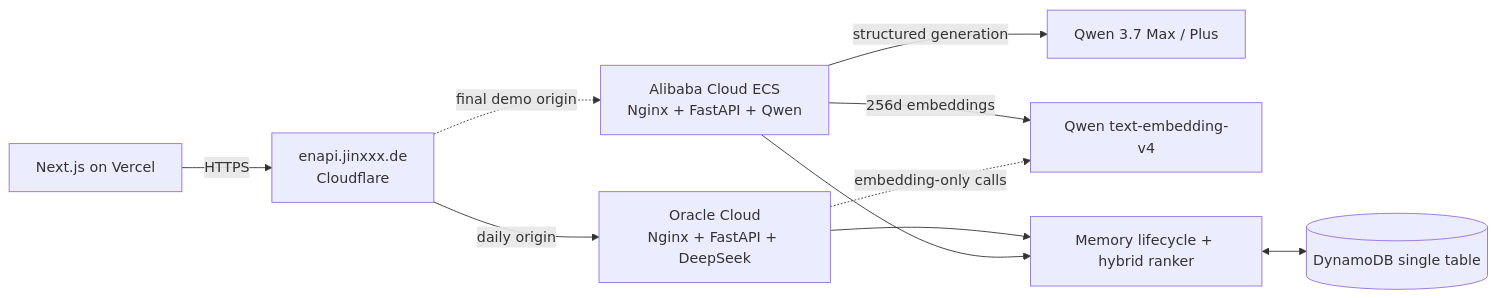
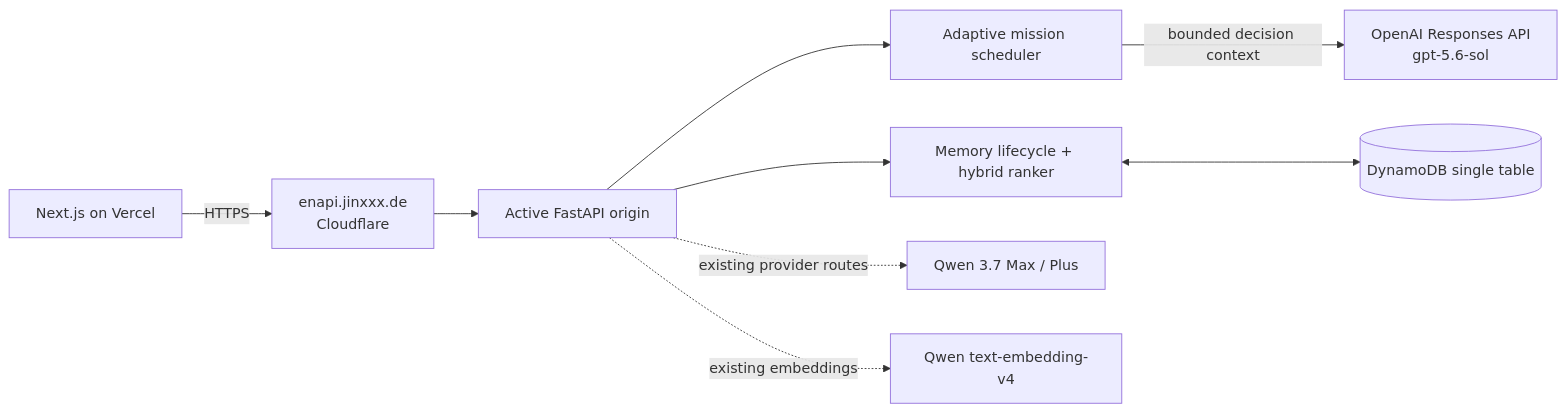
The diagram in README.md (jinyu-cai/weakspot-english-coach), drawn with Mermaid before and after one commit. The commit also changed other lines of this file and 34 other files, not shown here.

Commit message:
feat: add GPT-5.6 adaptive mission planner

````diff
--- a/README.md
+++ b/README.md
@@ -41,12 +105,11 @@
 ```mermaid
 flowchart LR
     Browser[Next.js on Vercel] -->|HTTPS| Stable[enapi.jinxxx.de\nCloudflare]
-    Stable -->|daily origin| Oracle[Oracle Cloud\nNginx + FastAPI + DeepSeek]
-    Stable -. final demo origin .-> Ali[Alibaba Cloud ECS\nNginx + FastAPI + Qwen]
-    Ali -->|structured generation| Qwen[Qwen 3.7 Max / Plus]
-    Ali -->|256d embeddings| Embed[Qwen text-embedding-v4]
-    Oracle -. embedding-only calls .-> Embed
-    Oracle --> Memory[Memory lifecycle + hybrid ranker]
-    Ali --> Memory
+    Stable --> API[Active FastAPI origin]
+    API --> Scheduler[Adaptive mission scheduler]
+    Scheduler -->|bounded decision context| OpenAI[OpenAI Responses API\ngpt-5.6-sol]
+    API --> Memory[Memory lifecycle + hybrid ranker]
+    API -. existing provider routes .-> Qwen[Qwen 3.7 Max / Plus]
+    API -. existing embeddings .-> Embed[Qwen text-embedding-v4]
     Memory <--> DB[(DynamoDB single table)]
 ```
````
